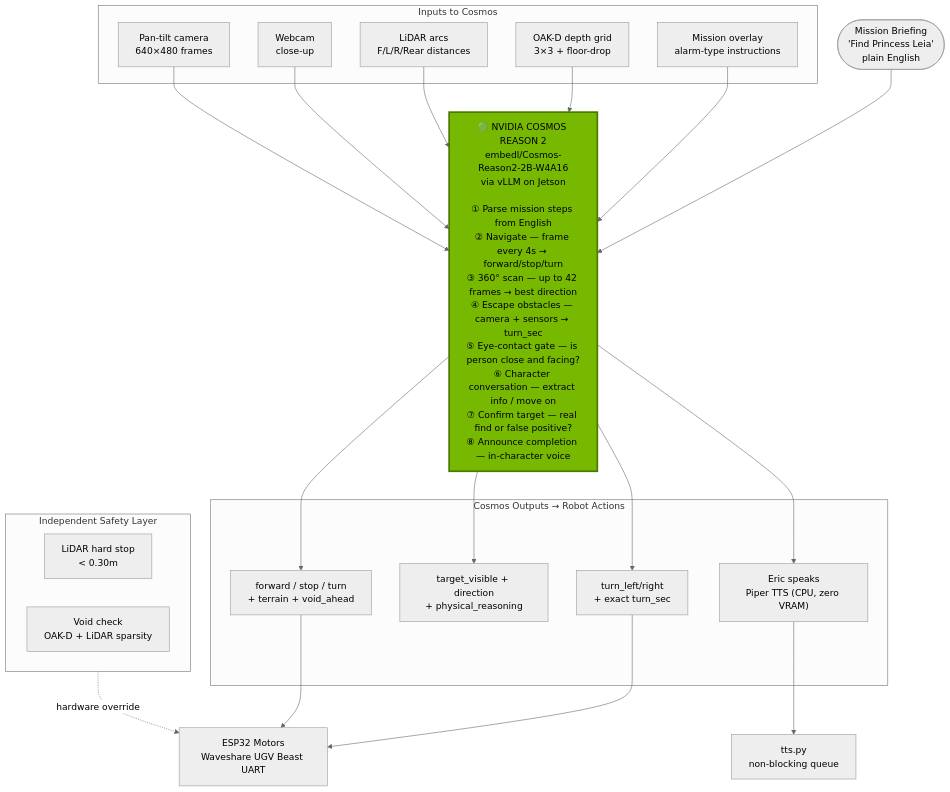
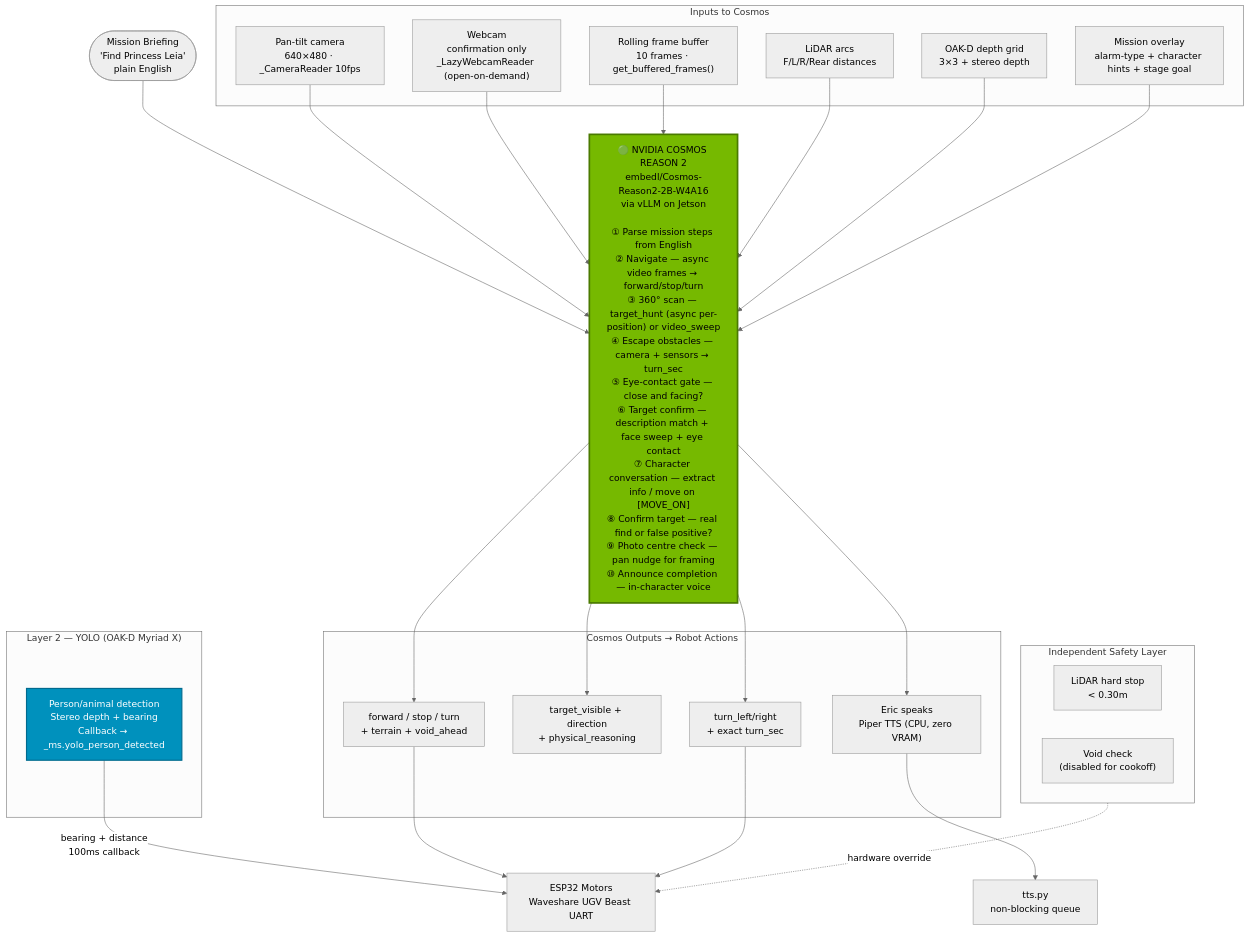
One commit to OppaAI/eric changed the diagram in README.md. Above: the diagram before and after it, drawn with Mermaid (neutral theme). The commit also changed other lines of this file, not shown here.

````diff
--- a/README.md
+++ b/README.md
@@ -39,36 +39,43 @@
 ```mermaid
 flowchart TD
     BRIEFING(["Mission Briefing\n'Find Princess Leia'\nplain English"])
 
-    COSMOS["🟢 NVIDIA COSMOS REASON 2\nembedl/Cosmos-Reason2-2B-W4A16\nvia vLLM on Jetson\n\n① Parse mission steps from English\n② Navigate — frame every 4s → forward/stop/turn\n③ 360° scan — up to 42 frames → best direction\n④ Escape obstacles — camera + sensors → turn_sec\n⑤ Eye-contact gate — is person close and facing?\n⑥ Character conversation — extract info / move on\n⑦ Confirm target — real find or false positive?\n⑧ Announce completion — in-character voice"]
+    COSMOS["🟢 NVIDIA COSMOS REASON 2\nembedl/Cosmos-Reason2-2B-W4A16\nvia vLLM on Jetson\n\n① Parse mission steps from English\n② Navigate — async video frames → forward/stop/turn\n③ 360° scan — target_hunt (async per-position) or video_sweep\n④ Escape obstacles — camera + sensors → turn_sec\n⑤ Eye-contact gate — close and facing?\n⑥ Target confirm — description match + face sweep + eye contact\n⑦ Character conversation — extract info / move on [MOVE_ON]\n⑧ Confirm target — real find or false positive?\n⑨ Photo centre check — pan nudge for framing\n⑩ Announce completion — in-character voice"]
 
     style COSMOS fill:#76b900,color:#000,stroke:#4a7a00,stroke-width:3px
 
     subgraph INPUTS["Inputs to Cosmos"]
-        CAM["Pan-tilt camera\n640×480 frames"]
-        WC["Webcam\nclose-up"]
+        CAM["Pan-tilt camera\n640×480 · _CameraReader 10fps"]
+        WC["Webcam\nconfirmation only\n_LazyWebcamReader (open-on-demand)"]
+        BUF["Rolling frame buffer\n10 frames · get_buffered_frames()"]
         LIDAR["LiDAR arcs\nF/L/R/Rear distances"]
-        OAKD["OAK-D depth grid\n3×3 + floor-drop"]
-        OVERLAY["Mission overlay\nalarm-type instructions"]
+        OAKD["OAK-D depth grid\n3×3 + stereo depth"]
+        OVERLAY["Mission overlay\nalarm-type + character hints + stage goal"]
+    end
+
+    subgraph LAYER2["Layer 2 — YOLO (OAK-D Myriad X)"]
+        YOLO["Person/animal detection\nStereo depth + bearing\nCallback → _ms.yolo_person_detected"]
+        style YOLO fill:#0091BD,color:#fff,stroke:#006a8e,stroke-width:2px
     end
 
     subgraph OUTPUTS["Cosmos Outputs → Robot Actions"]
         NAV["forward / stop / turn\n+ terrain + void_ahead"]
         TARGET["target_visible + direction\n+ physical_reasoning"]
         ESCAPE["turn_left/right\n+ exact turn_sec"]
         SPEECH["Eric speaks\nPiper TTS (CPU, zero VRAM)"]
     end
 
     subgraph SAFETY["Independent Safety Layer"]
         LIDAR_S["LiDAR hard stop\n< 0.30m"]
-        VOID["Void check\nOAK-D + LiDAR sparsity"]
+        VOID["Void check\n(disabled for cookoff)"]
     end
 
     BRIEFING --> COSMOS
-    CAM & WC & LIDAR & OAKD & OVERLAY --> COSMOS
+    CAM & WC & BUF & LIDAR & OAKD & OVERLAY --> COSMOS
     COSMOS --> NAV & TARGET & ESCAPE & SPEECH
+    YOLO -->|"bearing + distance\n100ms callback"| MOTORS
     SAFETY -.->|"hardware override"| MOTORS
 
     NAV & ESCAPE --> MOTORS["ESP32 Motors\nWaveshare UGV Beast UART"]
     SPEECH --> TTS["tts.py\nnon-blocking queue"]
 ```
````
